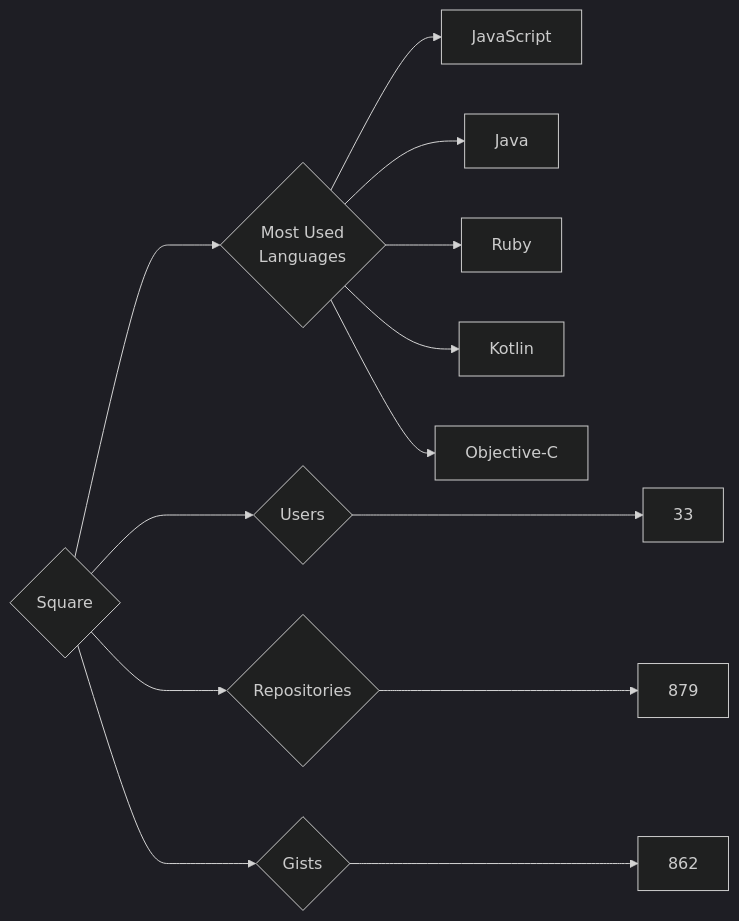
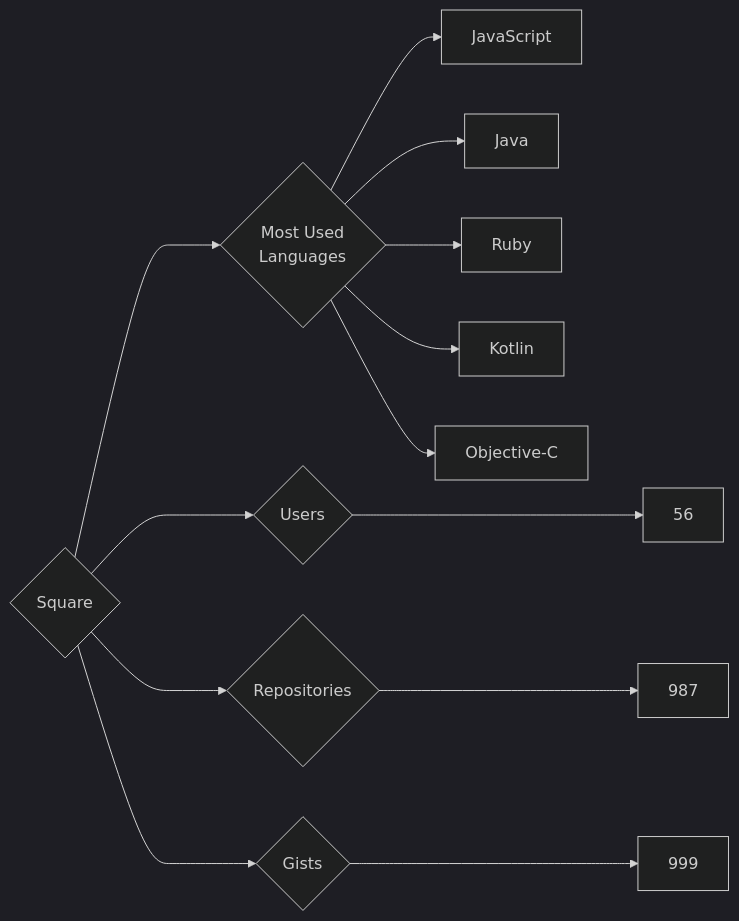
One commit to trickest/insiders changed the diagram in targets/Square/README.md. Above: the diagram before and after it, drawn with Mermaid (dark theme). The commit also changed 972 other files, not shown here.

````diff
--- a/targets/Square/README.md
+++ b/targets/Square/README.md
@@ -3,13 +3,13 @@
 ```mermaid
 graph LR
 COMPANY_NAME{Square}
-COMPANY_NAME ---> U{Users} ---> UN[33]
-COMPANY_NAME ---> R{Repositories} ---> RN[879]
-COMPANY_NAME ---> G{Gists} ---> GN[862]
+COMPANY_NAME ---> U{Users} ---> UN[56]
+COMPANY_NAME ---> R{Repositories} ---> RN[987]
+COMPANY_NAME ---> G{Gists} ---> GN[999]
 COMPANY_NAME ---> ML{Most Used<br>Languages}
 ML --> JavaScript[JavaScript]
 ML --> Java[Java]
 ML --> Ruby[Ruby]
 ML --> Kotlin[Kotlin]
 ML --> Objective-C[Objective-C]
 ```
````
